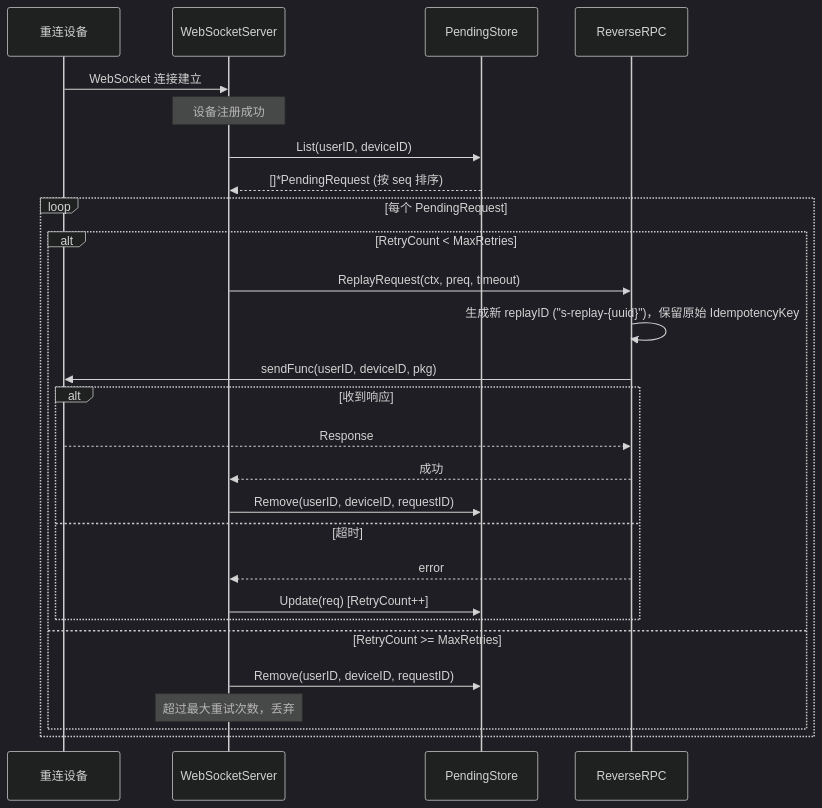
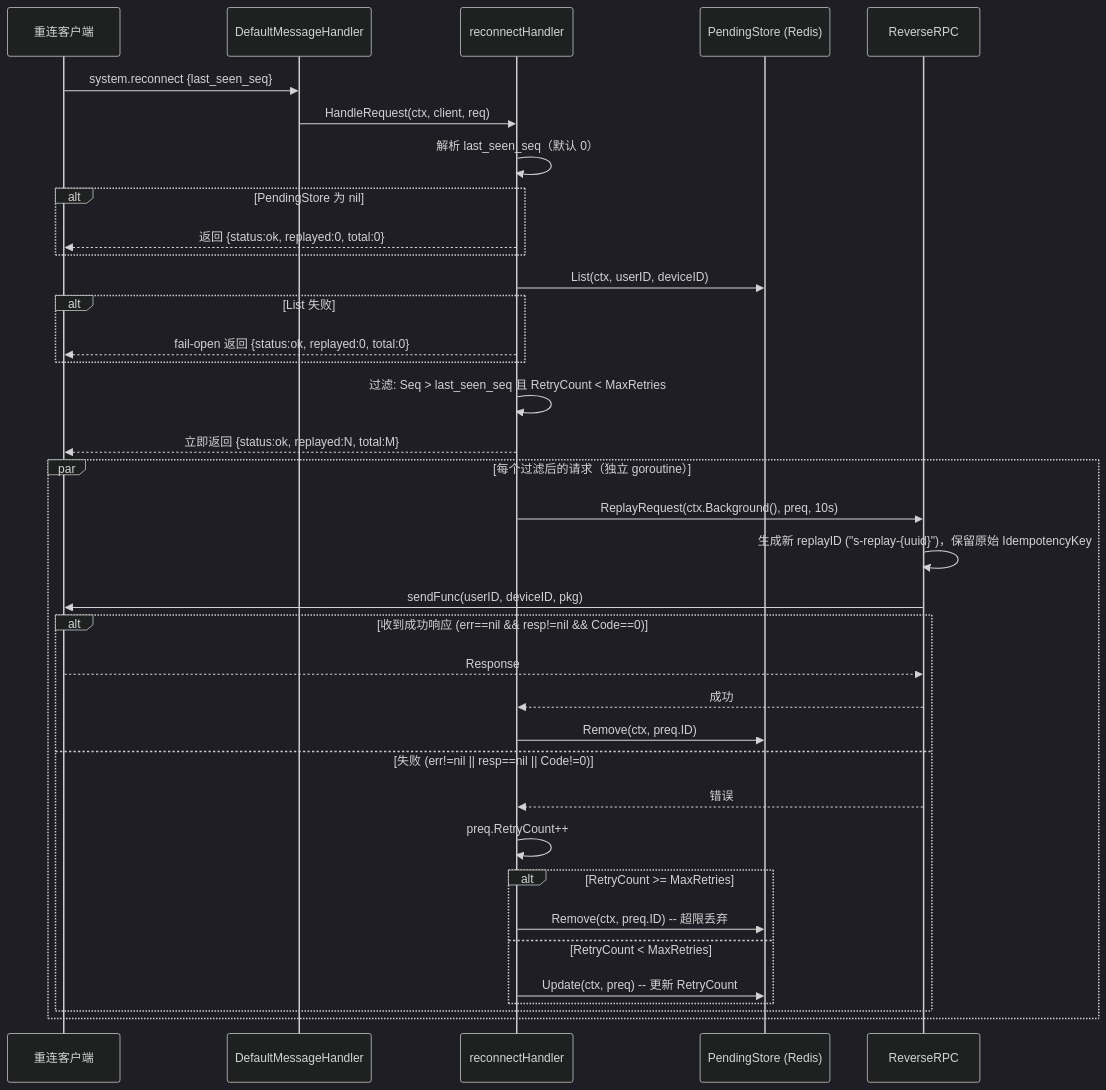
One commit to PineappleBond/xyncra-server changed the seventh of 14 diagrams in wiki/flows/websocket-connection.md. Above: the diagram before and after it, drawn with Mermaid (dark theme). The commit also changed other lines of this file and 21 other files, not shown here.

Commit message:
docs(wiki): add edge cases and fix inaccuracies across all flow documents

````diff
--- a/wiki/flows/websocket-connection.md
+++ b/wiki/flows/websocket-connection.md
@@ -432,33 +440,46 @@
 ```mermaid
 sequenceDiagram
-    participant Device as 重连设备
-    participant WS as WebSocketServer
-    participant PS as PendingStore
+    participant Client as 重连客户端
+    participant DMH as DefaultMessageHandler
+    participant RH as reconnectHandler
+    participant PS as PendingStore (Redis)
     participant RR as ReverseRPC
 
-    Device->>WS: WebSocket 连接建立
-    Note over WS: 设备注册成功
+    Client->>DMH: system.reconnect {last_seen_seq}
+    DMH->>RH: HandleRequest(ctx, client, req)
 
-    WS->>PS: List(userID, deviceID)
-    PS-->>WS: []*PendingRequest (按 seq 排序)
+    RH->>RH: 解析 last_seen_seq（默认 0）
 
-    loop 每个 PendingRequest
-        alt RetryCount < MaxRetries
-            WS->>RR: ReplayRequest(ctx, preq, timeout)
-            RR->>RR: 生成新 replayID ("s-replay-{uuid}")，保留原始 IdempotencyKey
-            RR->>Device: sendFunc(userID, deviceID, pkg)
+    alt PendingStore 为 nil
+        RH-->>Client: 返回 {status:ok, replayed:0, total:0}
+    end
 
-            alt 收到响应
-                Device-->>RR: Response
-                RR-->>WS: 成功
-                WS->>PS: Remove(userID, deviceID, requestID)
-            else 超时
-                RR-->>WS: error
-                WS->>PS: Update(req) [RetryCount++]
+    RH->>PS: List(ctx, userID, deviceID)
+    alt List 失败
+        RH-->>Client: fail-open 返回 {status:ok, replayed:0, total:0}
+    end
+
+    RH->>RH: 过滤: Seq > last_seen_seq 且 RetryCount < MaxRetries
+
+    RH-->>Client: 立即返回 {status:ok, replayed:N, total:M}
+
+    par 每个过滤后的请求（独立 goroutine）
+        RH->>RR: ReplayRequest(ctx.Background(), preq, 10s)
+        RR->>RR: 生成新 replayID ("s-replay-{uuid}")，保留原始 IdempotencyKey
+        RR->>Client: sendFunc(userID, deviceID, pkg)
+
+        alt 收到成功响应 (err==nil && resp!=nil && Code==0)
+            Client-->>RR: Response
+            RR-->>RH: 成功
+            RH->>PS: Remove(ctx, preq.ID)
+        else 失败 (err!=nil || resp==nil || Code!=0)
+            RR-->>RH: 错误
+            RH->>RH: preq.RetryCount++
+            alt RetryCount >= MaxRetries
+                RH->>PS: Remove(ctx, preq.ID) -- 超限丢弃
+            else RetryCount < MaxRetries
+                RH->>PS: Update(ctx, preq) -- 更新 RetryCount
             end
-        else RetryCount >= MaxRetries
-            WS->>PS: Remove(userID, deviceID, requestID)
-            Note over WS: 超过最大重试次数，丢弃
         end
     end
 ```
````
